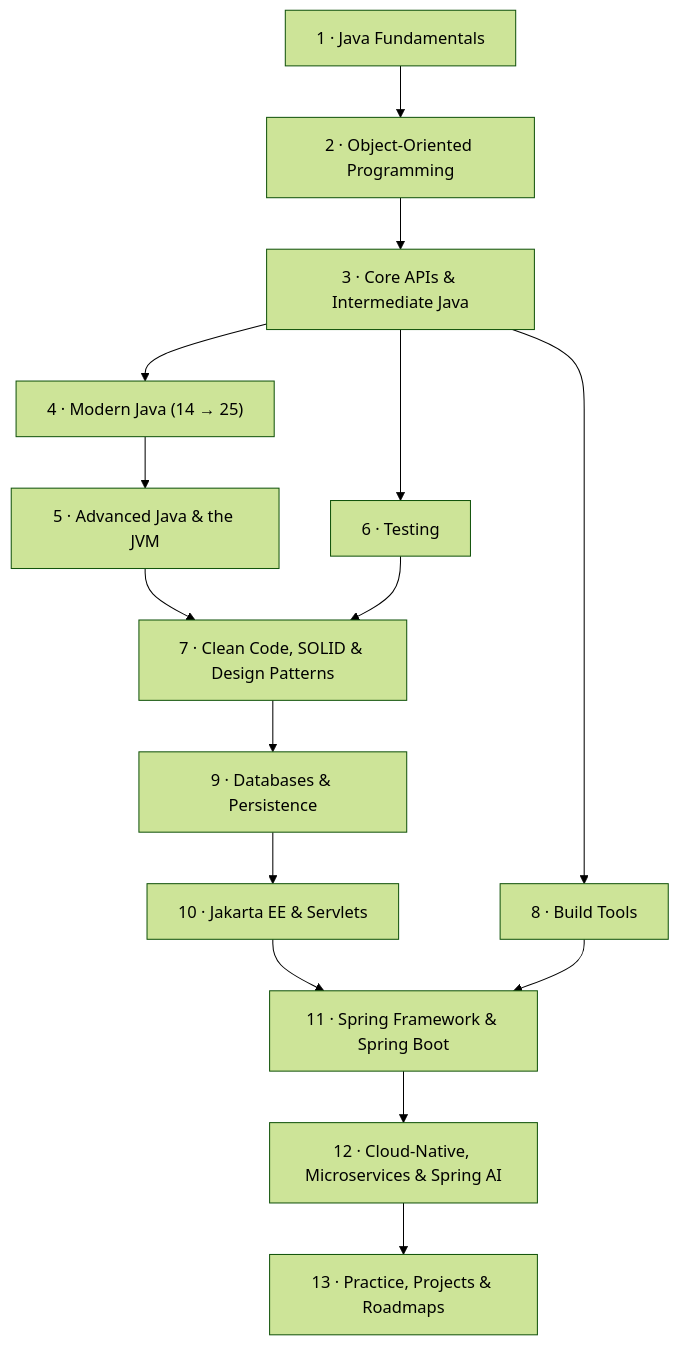
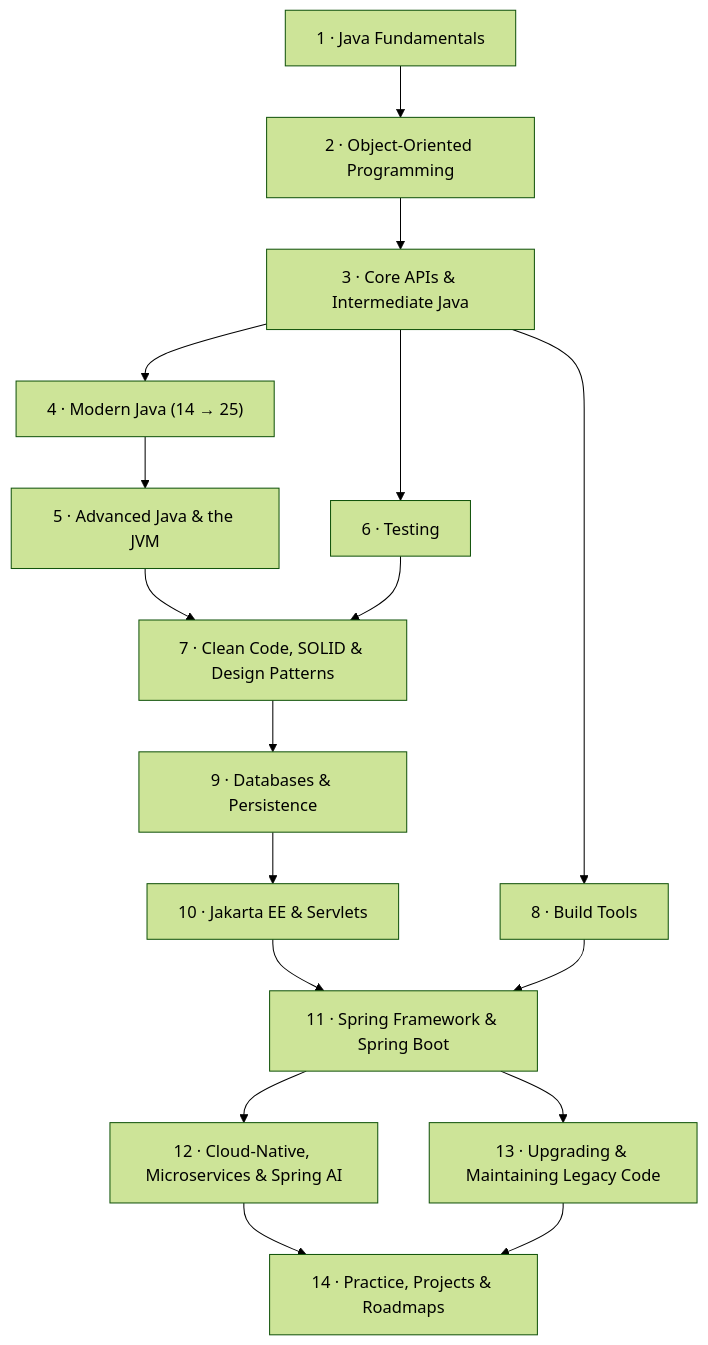
One commit to simantaturja/Learn-Java-Spring changed the diagram in README.md. Above: the diagram before and after it, drawn with Mermaid (forest theme). The commit also changed other lines of this file, not shown here.

First line of the commit message:
docs: make the roadmap relevant for Spring Boot 4, Java 25 and the AI era (#7)

````diff
--- a/README.md
+++ b/README.md
@@ -20,17 +20,19 @@
 ```mermaid
 flowchart TD
     A["1 · Java Fundamentals"] --> B["2 · Object-Oriented Programming"]
     B --> C["3 · Core APIs & Intermediate Java"]
     C --> D["4 · Modern Java (14 → 25)"]
     D --> E["5 · Advanced Java & the JVM"]
     C --> F["6 · Testing"]
     E --> G["7 · Clean Code, SOLID & Design Patterns"]
     F --> G
     C --> H["8 · Build Tools"]
     G --> I["9 · Databases & Persistence"]
     I --> J["10 · Jakarta EE & Servlets"]
     J --> K["11 · Spring Framework & Spring Boot"]
     H --> K
     K --> L["12 · Cloud-Native, Microservices & Spring AI"]
-    L --> M["13 · Practice, Projects & Roadmaps"]
+    K --> N["13 · Upgrading & Maintaining Legacy Code"]
+    L --> M["14 · Practice, Projects & Roadmaps"]
+    N --> M
 ```
````
